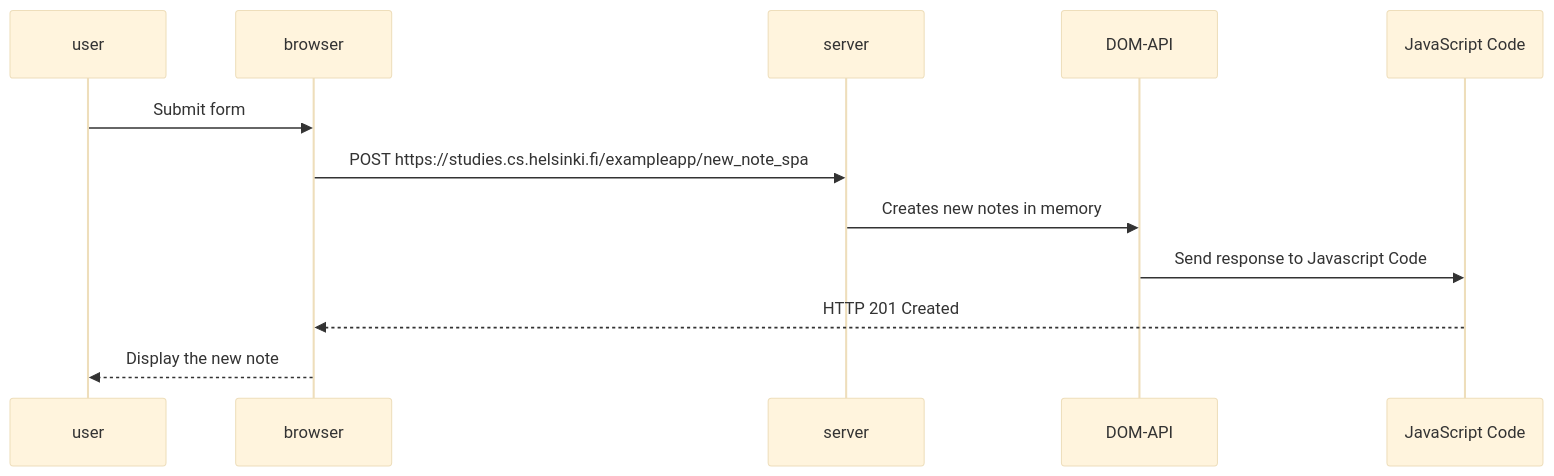
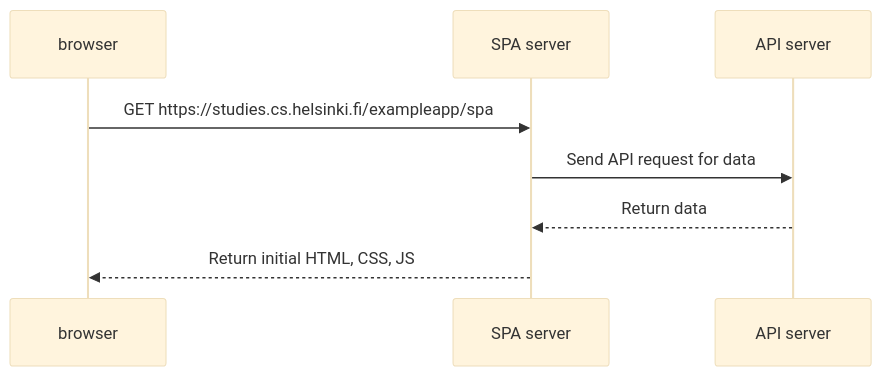
The diagram in part0/SPA_diagram.md (Yoohoo-cf/FullStackOpen), drawn with Mermaid (base theme) before and after one commit.

Commit message:
Update SPA_diagram.md
done!

````diff
--- a/part0/SPA_diagram.md
+++ b/part0/SPA_diagram.md
@@ -1,16 +1,11 @@
 ```mermaid
 sequenceDiagram
-    participant user
     participant browser
-    participant server
-    participant API as DOM-API
-    participant code as JavaScript Code
+    participant SPA server
+    participant API server
     
-
-    user->>browser: Submit form
-    browser->>server: POST https://studies.cs.helsinki.fi/exampleapp/new_note_spa
-    server->>API: Creates new notes in memory
-    API->>code: Send response to Javascript Code
-    code-->>browser: HTTP 201 Created
-    browser-->>user: Display the new note
+    browser->>SPA server: GET https://studies.cs.helsinki.fi/exampleapp/spa
+    SPA server->>API server: Send API request for data
+    API server-->>SPA server: Return data
+    SPA server-->>browser: Return initial HTML, CSS, JS
 ```
````
